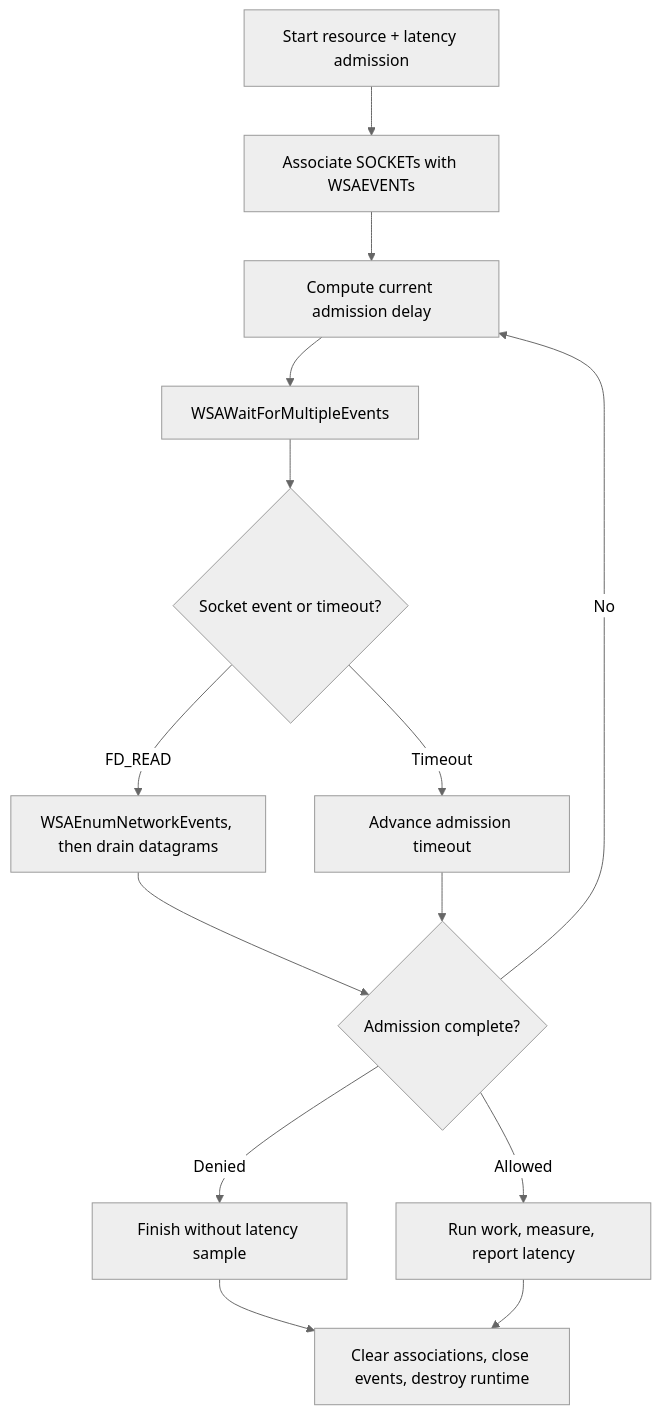
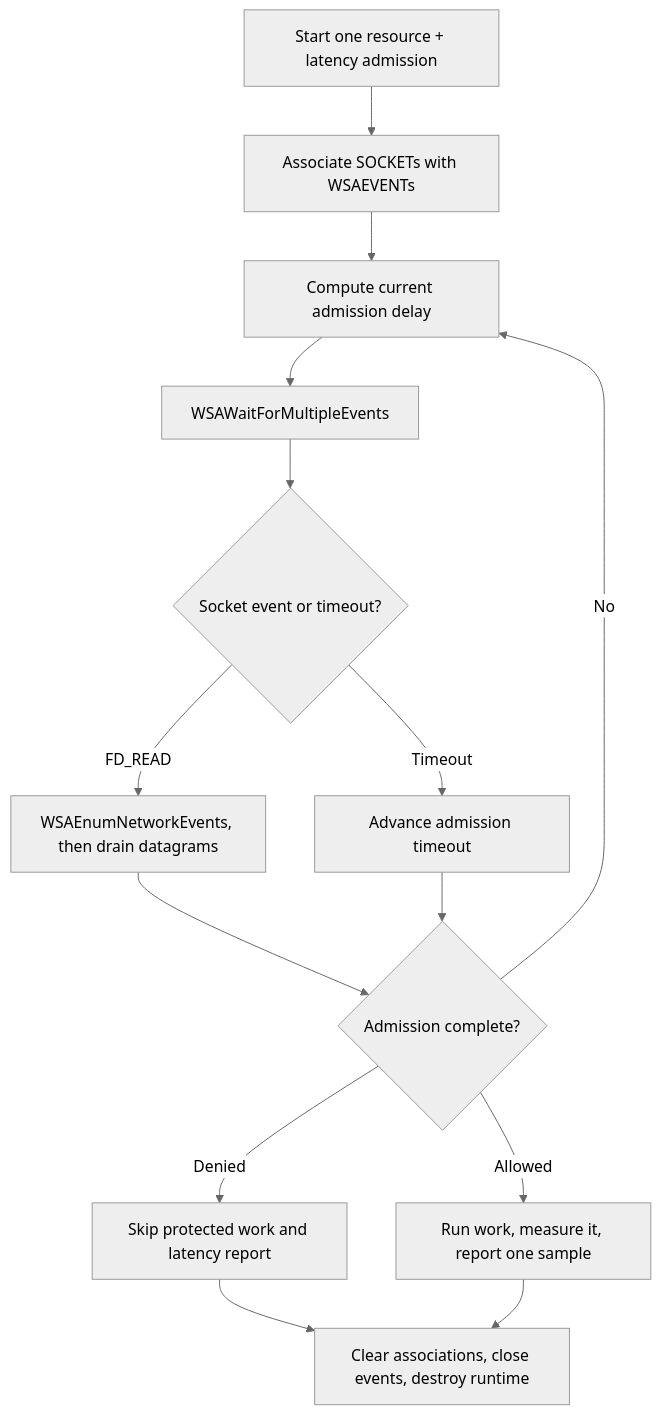
One commit to ratelimitly-com/rl-c-client changed the diagram in examples/win32/README.md. Above: the diagram before and after it, drawn with Mermaid (neutral theme). The commit also changed other lines of this file, not shown here.

````diff
--- a/examples/win32/README.md
+++ b/examples/win32/README.md
@@ -13,16 +76,16 @@
 ```mermaid
 flowchart TD
-    Start["Start resource + latency admission"] --> Events["Associate SOCKETs with WSAEVENTs"]
+    Start["Start one resource + latency admission"] --> Events["Associate SOCKETs with WSAEVENTs"]
     Events --> Delay["Compute current admission delay"]
     Delay --> Wait["WSAWaitForMultipleEvents"]
     Wait --> Result{"Socket event or timeout?"}
     Result -->|FD_READ| Read["WSAEnumNetworkEvents, then drain datagrams"]
     Result -->|Timeout| Timeout["Advance admission timeout"]
     Read --> Decision{"Admission complete?"}
     Timeout --> Decision
     Decision -->|No| Delay
-    Decision -->|Denied| Reject["Finish without latency sample"]
-    Decision -->|Allowed| Work["Run work, measure, report latency"]
+    Decision -->|Denied| Reject["Skip protected work and latency report"]
+    Decision -->|Allowed| Work["Run work, measure it, report one sample"]
     Reject --> Close["Clear associations, close events, destroy runtime"]
     Work --> Close
 ```
````
